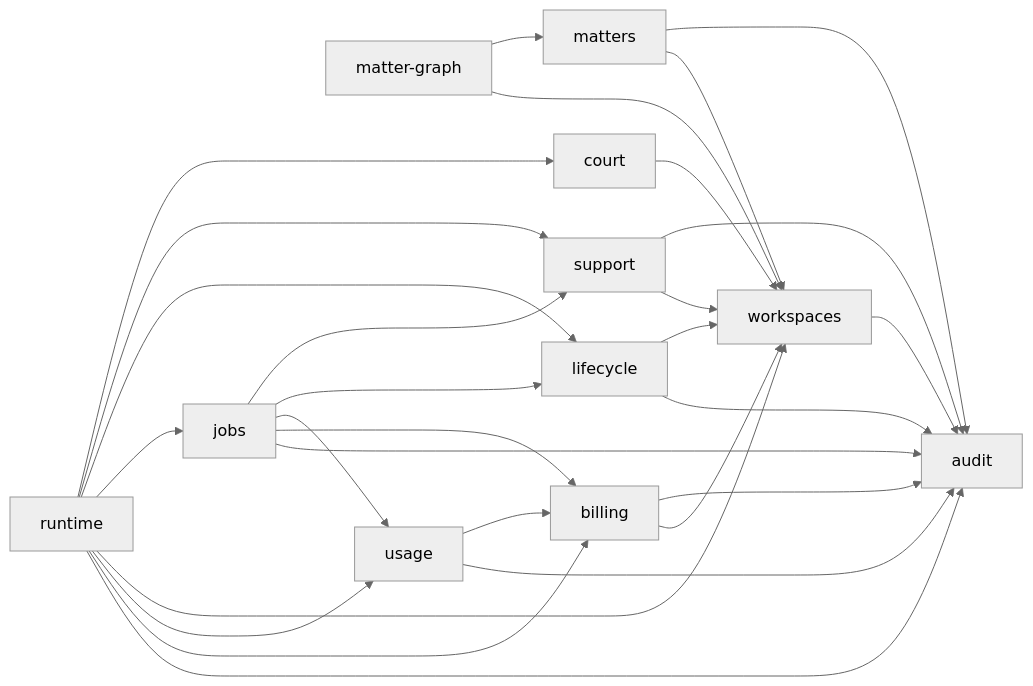
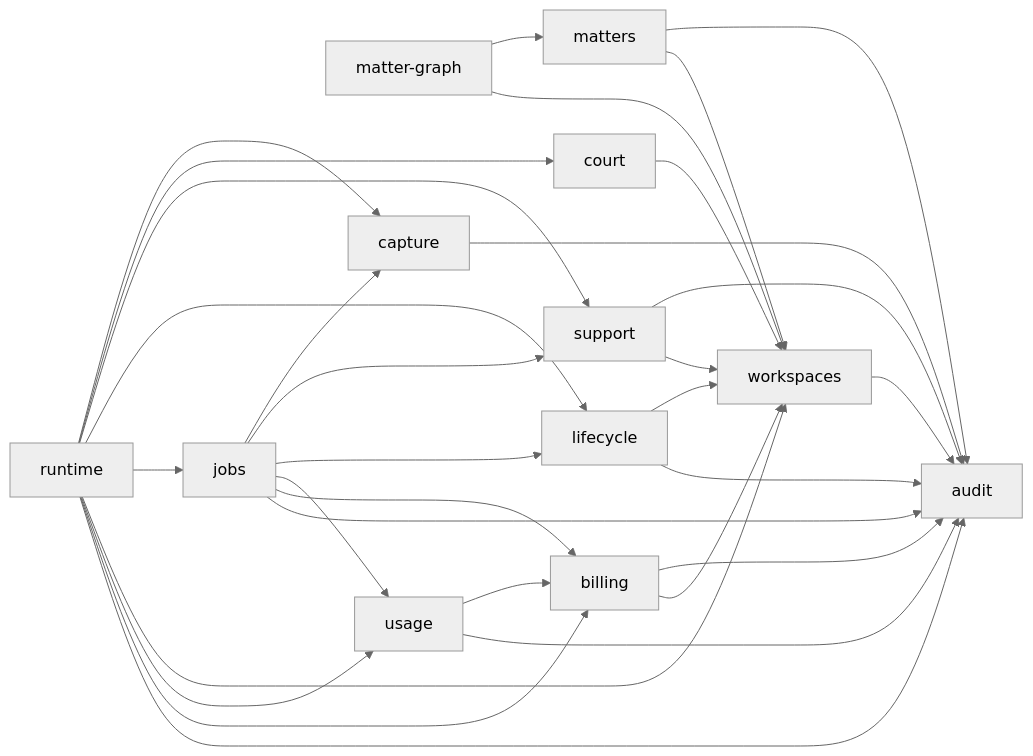
One commit to RapierCraftStudios/causedeck changed the diagram in docs/engineering/core-domains.md. Above: the diagram before and after it, drawn with Mermaid (neutral theme). The commit also changed other lines of this file and 87 other files, not shown here.

````diff
--- a/docs/engineering/core-domains.md
+++ b/docs/engineering/core-domains.md
@@ -58,30 +59,33 @@
 ```mermaid
 graph LR
   workspaces --> audit
   matters --> workspaces
   matters --> audit
   court --> workspaces
   matter-graph --> workspaces
   matter-graph --> matters
   billing --> workspaces
   billing --> audit
   usage --> audit
   usage --> billing
   lifecycle --> audit
   lifecycle --> workspaces
   support --> workspaces
   support --> audit
+  capture --> audit
   jobs --> audit
   jobs --> billing
   jobs --> usage
   jobs --> lifecycle
   jobs --> support
+  jobs --> capture
   runtime --> audit
   runtime --> billing
   runtime --> usage
   runtime --> workspaces
   runtime --> jobs
   runtime --> lifecycle
   runtime --> support
   runtime --> court
+  runtime --> capture
 ```
````
